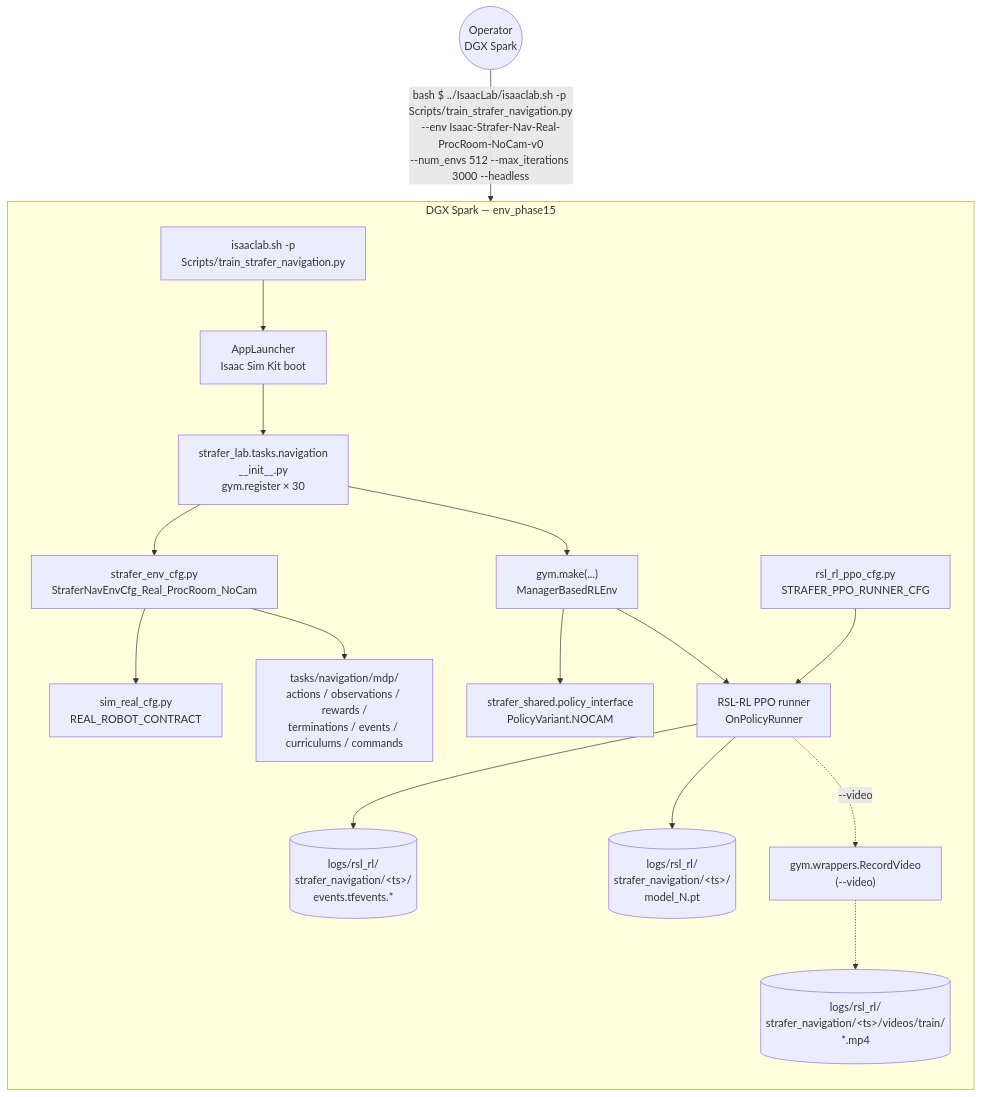
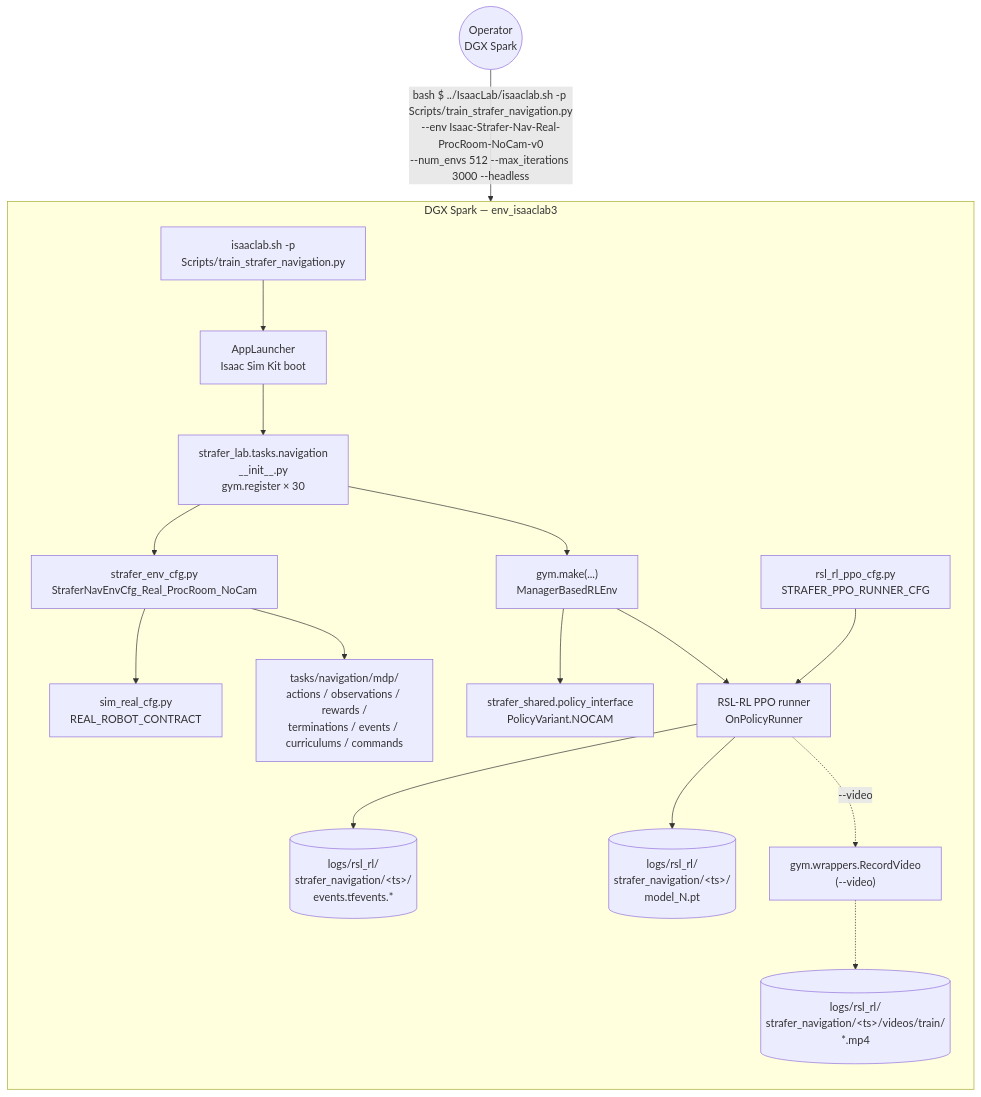
Before and after one commit to zachoines/Sim2RealLab: the third of 7 diagrams in docs/SYSTEM_FLOW_DIAGRAMS.md, drawn with Mermaid. The commit also changed other lines of this file and 9 other files, not shown here.

````diff
--- a/docs/SYSTEM_FLOW_DIAGRAMS.md
+++ b/docs/SYSTEM_FLOW_DIAGRAMS.md
@@ -215,54 +215,54 @@
 ```mermaid
 flowchart TB
     Operator((Operator<br/>DGX Spark))
 
-    subgraph DGX["DGX Spark — env_phase15"]
+    subgraph DGX["DGX Spark — env_isaaclab3"]
         direction TB
 
         Launcher["isaaclab.sh -p<br/>Scripts/train_strafer_navigation.py"]
         AppLauncher["AppLauncher<br/>Isaac Sim Kit boot"]
 
         TasksInit["strafer_lab.tasks.navigation<br/>__init__.py<br/>gym.register × 30"]
         EnvCfg["strafer_env_cfg.py<br/>StraferNavEnvCfg_Real_ProcRoom_NoCam"]
         SimRealCfg["sim_real_cfg.py<br/>REAL_ROBOT_CONTRACT"]
         MDP["tasks/navigation/mdp/<br/>actions / observations / rewards /<br/>terminations / events / curriculums / commands"]
 
         GymEnv["gym.make(...)<br/>ManagerBasedRLEnv"]
         PolicyInterface["strafer_shared.policy_interface<br/>PolicyVariant.NOCAM"]
 
         PPO["RSL-RL PPO runner<br/>OnPolicyRunner"]
         RunnerCfg["rsl_rl_ppo_cfg.py<br/>STRAFER_PPO_RUNNER_CFG"]
 
         VideoRec["gym.wrappers.RecordVideo<br/>(--video)"]
 
         Tensorboard[("logs/rsl_rl/<br/>strafer_navigation/&lt;ts&gt;/<br/>events.tfevents.*")]
         Checkpoint[("logs/rsl_rl/<br/>strafer_navigation/&lt;ts&gt;/<br/>model_N.pt")]
         Videos[("logs/rsl_rl/<br/>strafer_navigation/&lt;ts&gt;/videos/train/<br/>*.mp4")]
     end
 
     Operator -->|bash $ ../IsaacLab/isaaclab.sh -p Scripts/train_strafer_navigation.py<br/>--env Isaac-Strafer-Nav-Real-ProcRoom-NoCam-v0<br/>--num_envs 512 --max_iterations 3000 --headless| Launcher
 
     Launcher --> AppLauncher
     AppLauncher --> TasksInit
     TasksInit --> EnvCfg
     EnvCfg --> SimRealCfg
     EnvCfg --> MDP
     TasksInit --> GymEnv
     GymEnv --> PolicyInterface
 
     RunnerCfg --> PPO
     GymEnv --> PPO
     PPO --> Tensorboard
     PPO --> Checkpoint
 
     PPO -.->|--video| VideoRec
     VideoRec -.-> Videos
 
     click Launcher "../Scripts/train_strafer_navigation.py" "Training wrapper (RSL-RL / aux losses / video)"
     click TasksInit "../source/strafer_lab/strafer_lab/tasks/navigation" "30 registered gym environments"
     click EnvCfg "../source/strafer_lab/strafer_lab/tasks/navigation" "Env configs per realism × sensor"
     click SimRealCfg "../source/strafer_lab/strafer_lab/tasks/navigation" "Ideal / Realistic / Robust presets"
     click MDP "../source/strafer_lab/strafer_lab/tasks/navigation" "MDP components"
     click PolicyInterface "../source/strafer_shared/strafer_shared/policy_interface.py" "Shared obs / action contract"
     click RunnerCfg "../source/strafer_lab/strafer_lab/tasks/navigation/agents" "PPO runner cfgs"
 ```
````
